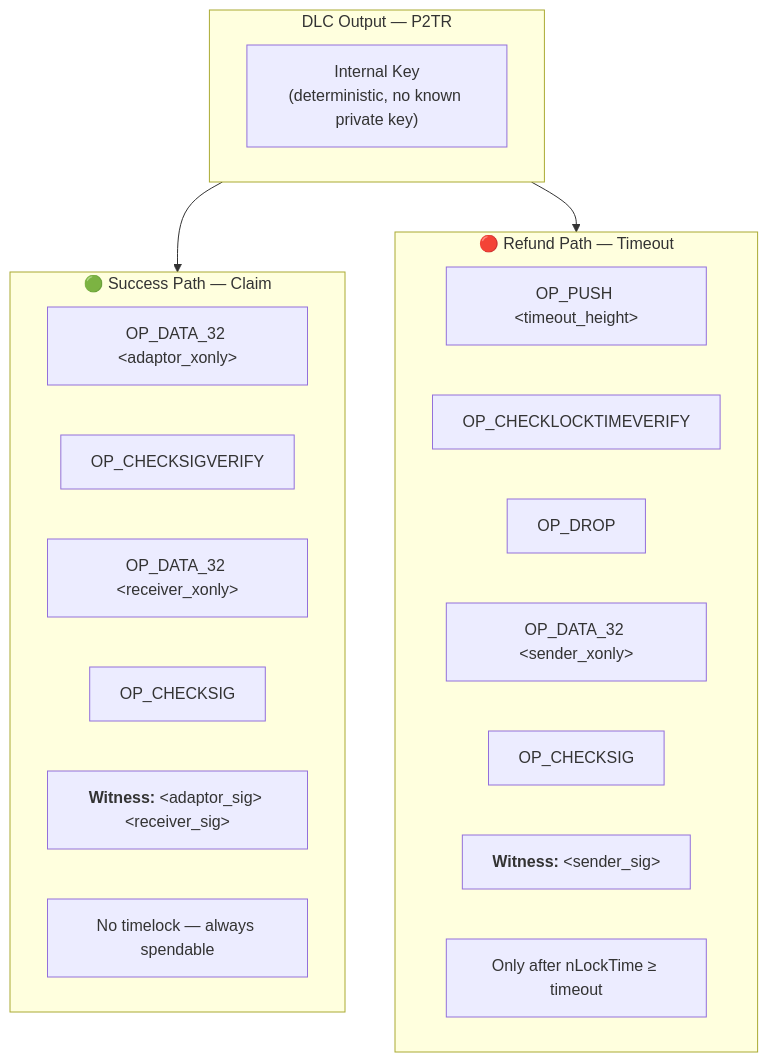
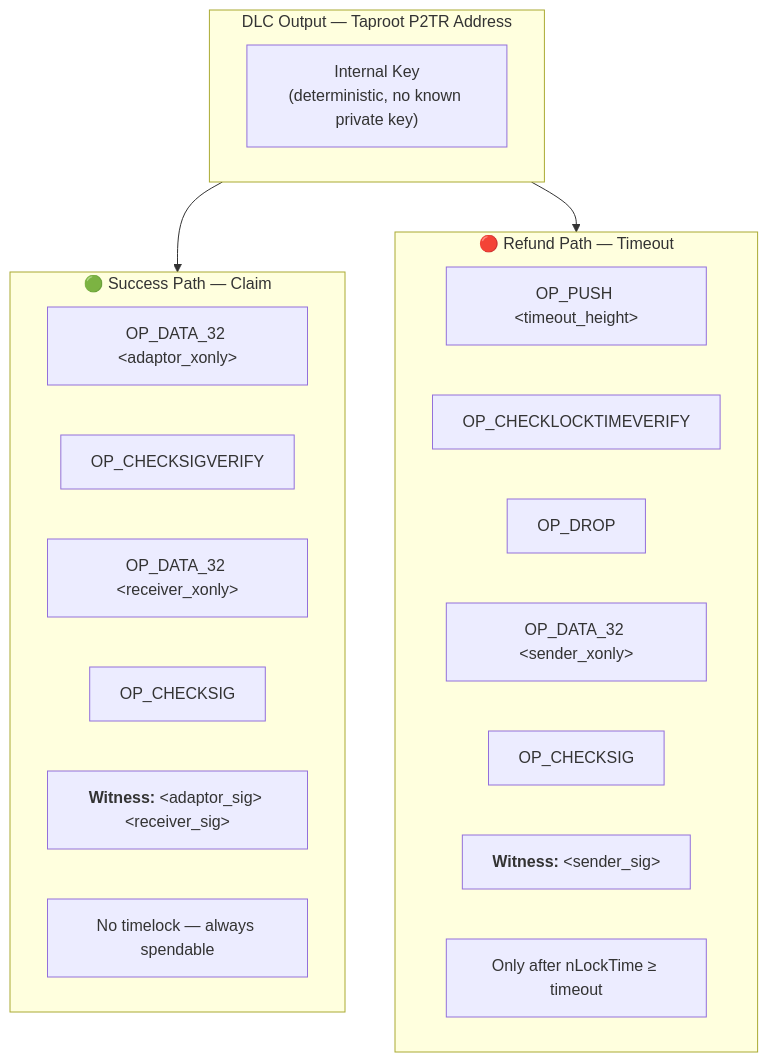
Before and after one commit to the-lonely-bit/taproot-based_discreet_log_contracts: the third of 5 diagrams in README.md, drawn with Mermaid. The commit also changed other lines of this file, not shown here.

````diff
--- a/README.md
+++ b/README.md
@@ -272,28 +307,28 @@
 ```mermaid
 flowchart TD
-    subgraph P2TR["DLC Output — P2TR"]
+    subgraph P2TR["DLC Output — Taproot P2TR Address"]
         IK["Internal Key<br/>(deterministic, no known private key)"]
     end
 
     P2TR --> SUCCESS
     P2TR --> REFUND
 
     subgraph SUCCESS["🟢 Success Path — Claim"]
         S1["OP_DATA_32 &lt;adaptor_xonly&gt;"]
         S2["OP_CHECKSIGVERIFY"]
         S3["OP_DATA_32 &lt;receiver_xonly&gt;"]
         S4["OP_CHECKSIG"]
         S5["<b>Witness:</b> &lt;adaptor_sig&gt; &lt;receiver_sig&gt;"]
         S6["No timelock — always spendable"]
     end
 
     subgraph REFUND["🔴 Refund Path — Timeout"]
         R1["OP_PUSH &lt;timeout_height&gt;"]
         R2["OP_CHECKLOCKTIMEVERIFY"]
         R3["OP_DROP"]
         R4["OP_DATA_32 &lt;sender_xonly&gt;"]
         R5["OP_CHECKSIG"]
         R6["<b>Witness:</b> &lt;sender_sig&gt;"]
         R7["Only after nLockTime ≥ timeout"]
     end
 ```
````
